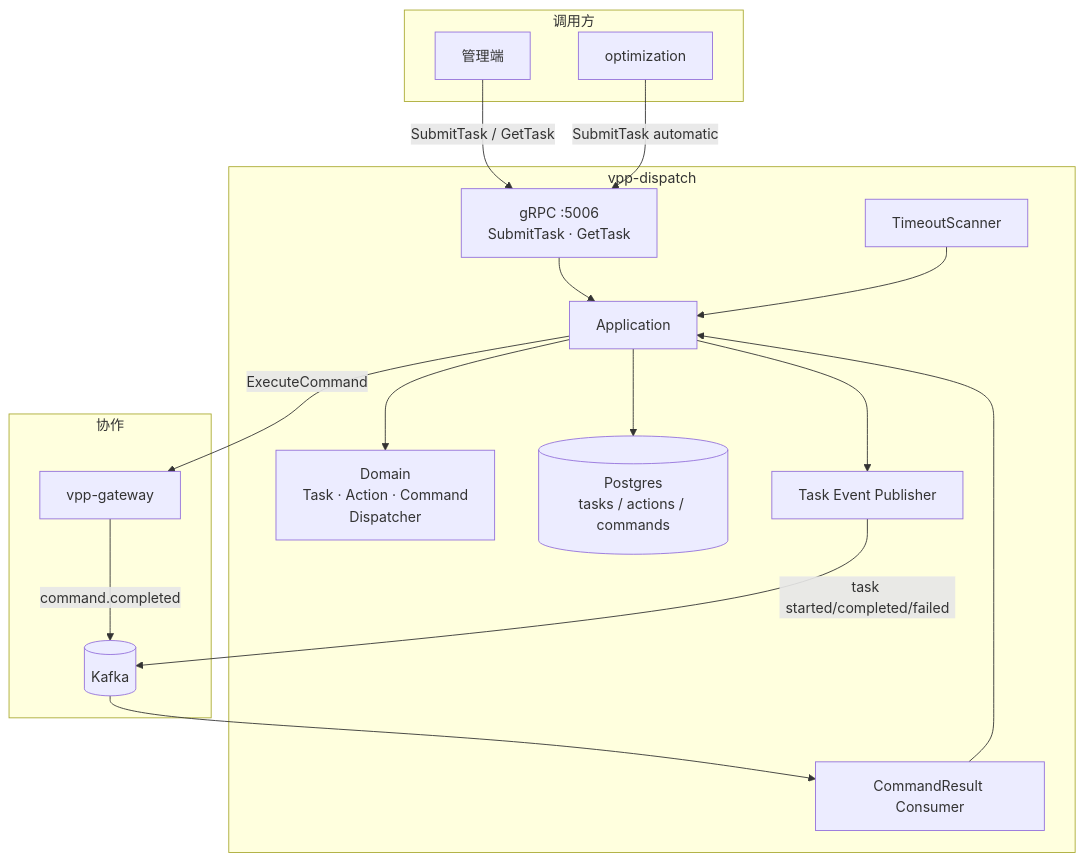
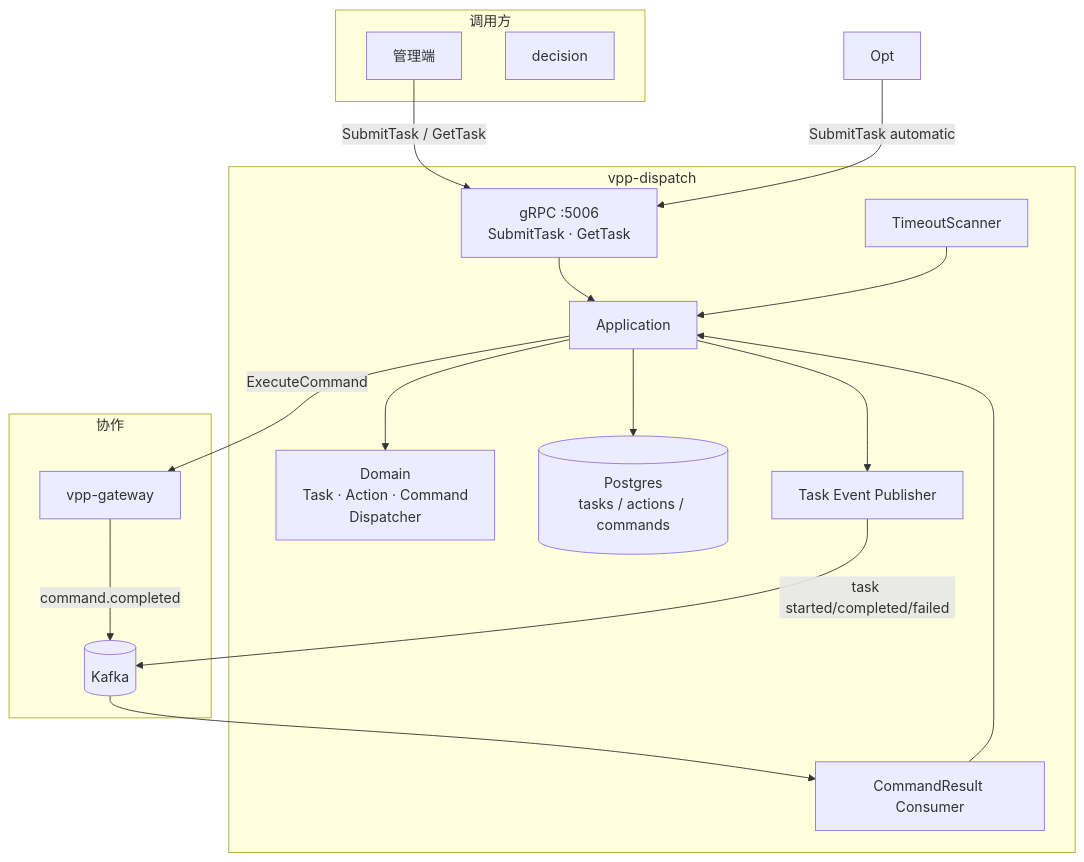
Before and after one commit to mushroomyuan/vpp-backend: the first of 2 diagrams in internal/dispatch/OVERVIEW.md, drawn with Mermaid. The commit also changed other lines of this file and 230 other files, not shown here.

First line of the commit message:
feat(decision): replace optimization with a persisted decision service

````diff
--- a/internal/dispatch/OVERVIEW.md
+++ b/internal/dispatch/OVERVIEW.md
@@ -64,35 +64,35 @@
 ```mermaid
 flowchart TB
     subgraph Clients["调用方"]
         Admin["管理端"]
-        Opt["optimization"]
+        Dec["decision"]
     end
 
     subgraph Dispatch["vpp-dispatch"]
         GRPC["gRPC :5006<br/>SubmitTask · GetTask"]
         App["Application"]
         Dom["Domain<br/>Task · Action · Command<br/>Dispatcher"]
         DB[("Postgres<br/>tasks / actions / commands")]
         Scanner["TimeoutScanner"]
         Consumer["CommandResult Consumer"]
         Pub["Task Event Publisher"]
     end
 
     subgraph Peers["协作"]
         GW["vpp-gateway"]
         Kafka[("Kafka")]
     end
 
     Admin -->|SubmitTask / GetTask| GRPC
     Opt -->|SubmitTask automatic| GRPC
     GRPC --> App
     App --> Dom
     App --> DB
     App -->|ExecuteCommand| GW
     GW -->|command.completed| Kafka
     Kafka --> Consumer
     Consumer --> App
     Scanner --> App
     App --> Pub
     Pub -->|task started/completed/failed| Kafka
 ```
````
